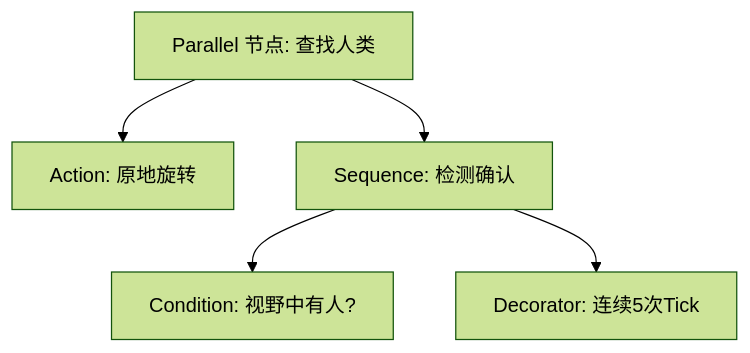
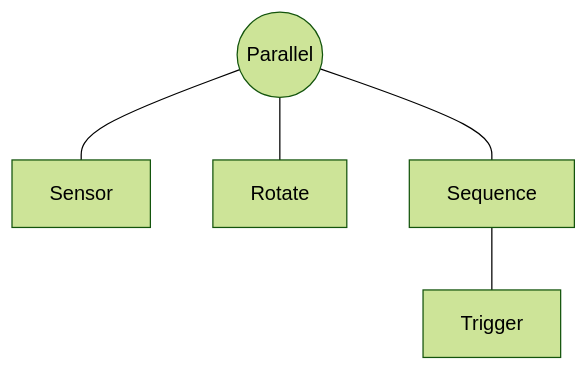
Before and after one commit to wumin199/wm-cpp-case: the first of 3 diagrams in src/behavior_tree/study-introduction-to-behavior-trees.md, drawn with Mermaid (forest theme). The commit also changed other lines of this file and 3 other files, not shown here.

````diff
--- a/src/behavior_tree/study-introduction-to-behavior-trees.md
+++ b/src/behavior_tree/study-introduction-to-behavior-trees.md
@@ -22,7 +33,7 @@
 ```mermaid
 graph TD
- Root[Parallel 节点: 查找人类] --> Rotate[Action: 原地旋转]
- Root --> CheckPerson[Sequence: 检测确认]
- CheckPerson --> Detect[Condition: 视野中有人?]
- CheckPerson --> Count[Decorator: 连续5次Tick]
+    Root((Parallel)) --- Sensor[Sensor]
+    Root --- Rotate[Rotate]
+    Root --- Sequence[Sequence]
+    Sequence --- Trigger[Trigger]
 ```
````
